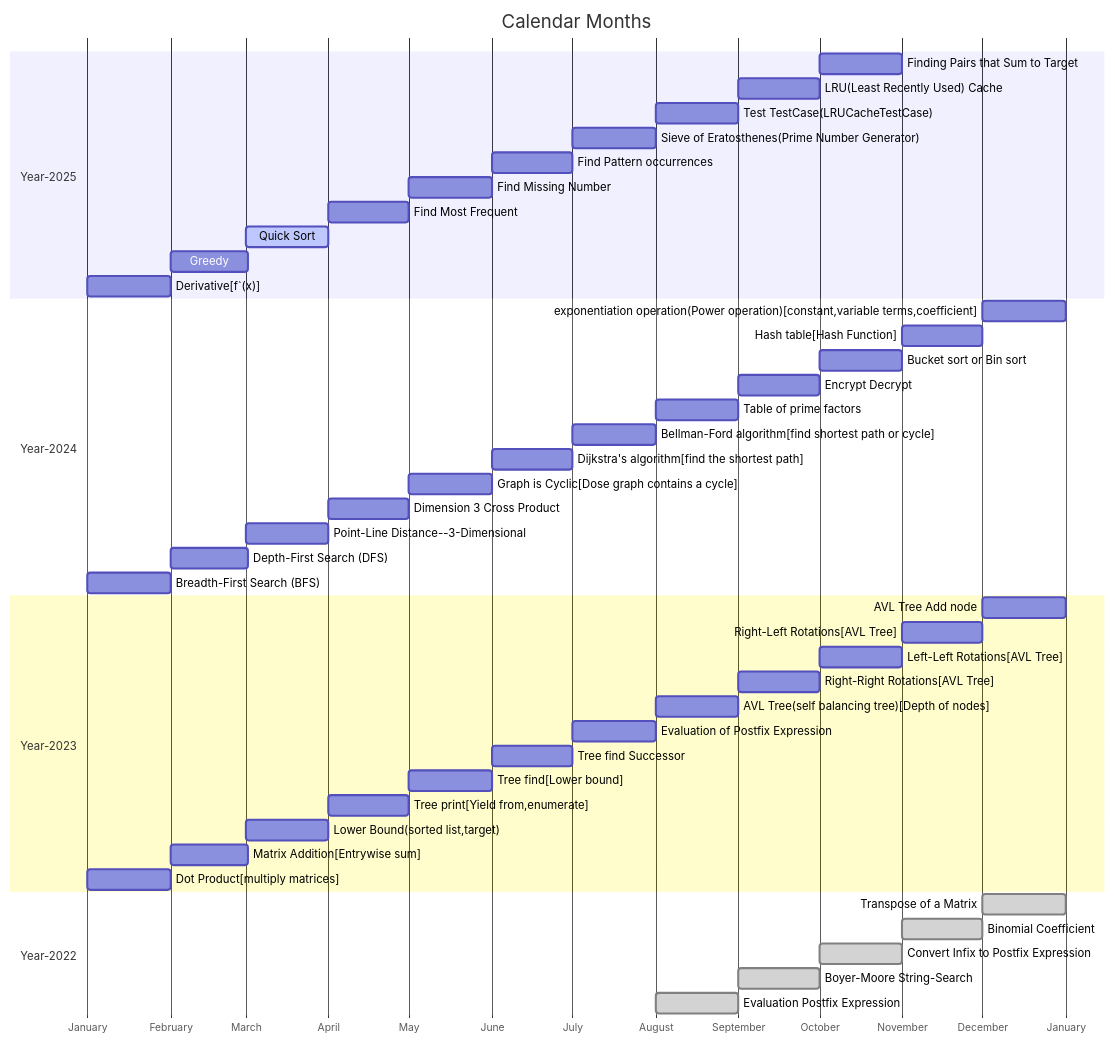
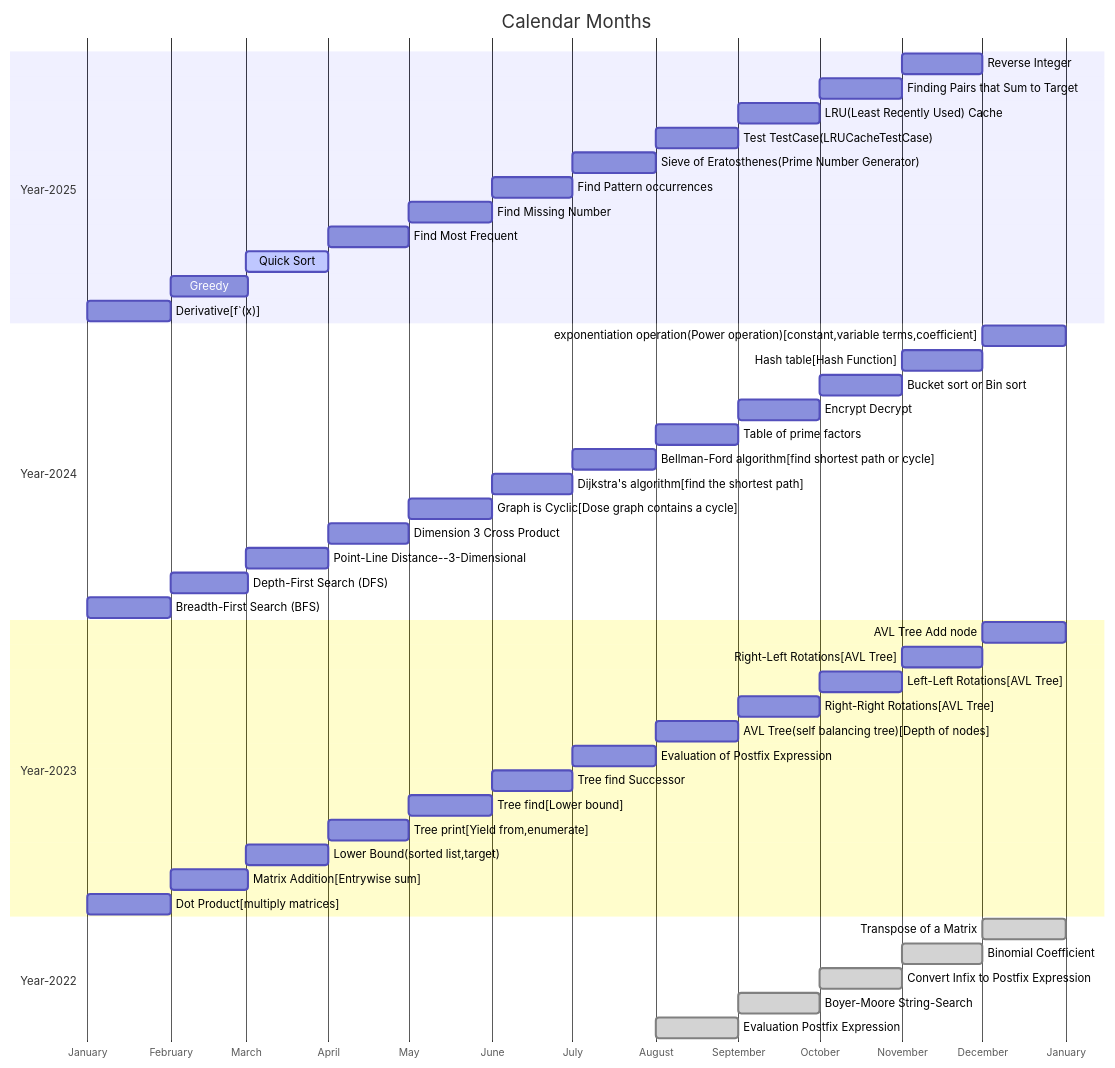
One commit to softtiny/docs.calendar changed the diagram in src/calendar.md. Above: the diagram before and after it, drawn with Mermaid. The commit also changed 2 other files, not shown here.

````diff
--- a/src/calendar.md
+++ b/src/calendar.md
@@ -2,50 +2,51 @@
 ```mermaid
 
 gantt
     title Calendar Months
     dateFormat MM-DD
     axisFormat %B
     section Year-2025
+        Reverse Integer:11-01, 30d
         Finding Pairs that Sum to Target :10-01, 31d
         LRU(Least Recently Used) Cache :09-01, 30d
         Test TestCase(LRUCacheTestCase) :08-01, 31d
         Sieve of Eratosthenes(Prime Number Generator)    :07-01, 31d
         Find Pattern occurrences :06-01, 30d
         Find Missing Number :05-01, 31d
         Find Most Frequent :04-01, 30d
         Quick Sort      :active, 03-01, 31d
         Greedy          :02-01, 29d
         Derivative[f`(x)]          :01-01, 31d
     section Year-2024
         exponentiation operation(Power operation)[constant,variable terms,coefficient]  :12-01, 31d
         Hash table[Hash Function]  :11-01, 30d
         Bucket sort or Bin sort  :10-01, 31d
         Encrypt Decrypt  :09-01, 30d
         Table of prime factors  :08-01, 31d
         Bellman-Ford algorithm[find shortest path or cycle] :07-01, 31d
         Dijkstra's algorithm[find the shortest path] :06-01, 30d
         Graph is Cyclic[Dose graph contains a cycle]  :05-01, 31d
         Dimension 3 Cross Product  :04-01, 30d
         Point-Line Distance--3-Dimensional  :03-01, 31d
         Depth-First Search (DFS)          :02-01, 29d
         Breadth-First Search (BFS)          :01-01, 31d
     section Year-2023
         AVL Tree Add node :12-01, 31d
         Right-Left Rotations[AVL Tree] :11-01, 30d
         Left-Left Rotations[AVL Tree] :10-01, 31d
         Right-Right Rotations[AVL Tree] :09-01, 30d
         AVL Tree(self balancing tree)[Depth of nodes] :08-01, 31d
         Evaluation of Postfix Expression :07-01, 31d
         Tree find Successor :06-01, 30d
         Tree find[Lower bound] :05-01, 31d
         Tree print[Yield from,enumerate] :04-01, 30d
         Lower Bound(sorted list,target) :03-01, 31d
         Matrix Addition[Entrywise sum] :02-01, 29d
         Dot Product[multiply matrices] :01-01, 31d
     section Year-2022
         Transpose of a Matrix :done, 12-01, 31d
         Binomial Coefficient :done, 11-01, 30d
         Convert Infix to Postfix Expression :done, 10-01, 31d
         Boyer-Moore String-Search :done, 09-01, 30d
         Evaluation Postfix Expression :done, 08-01, 31d
 ```
````
